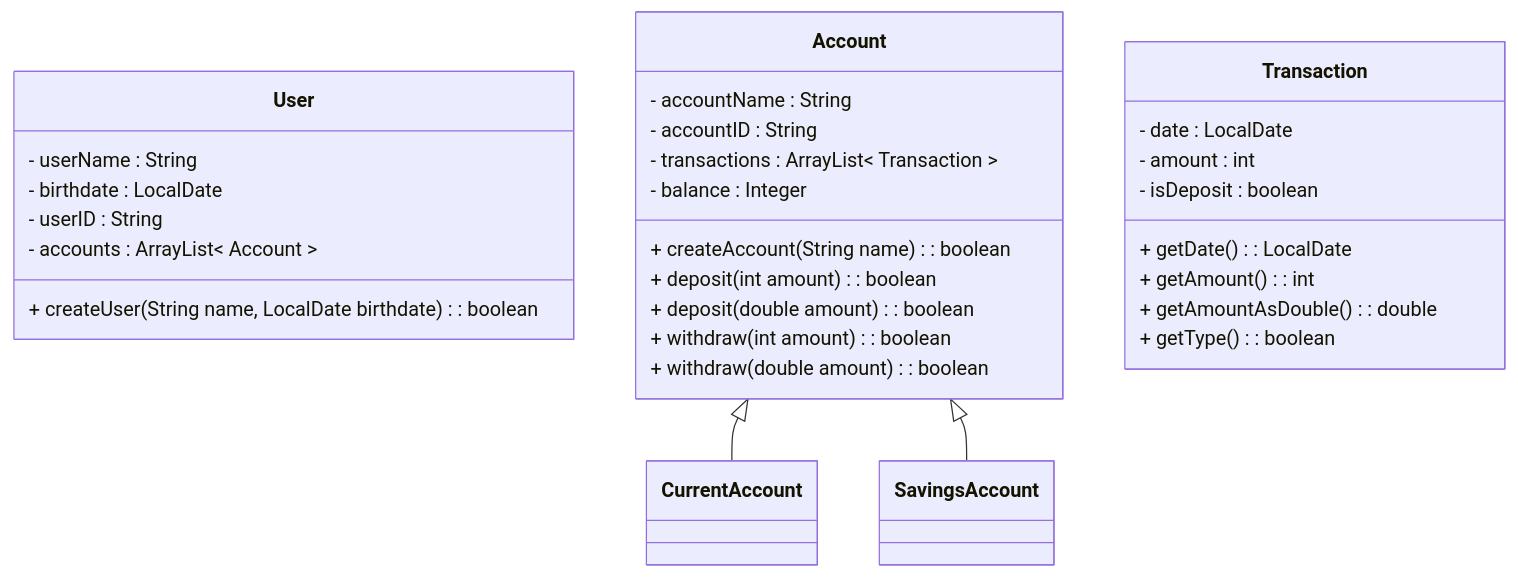
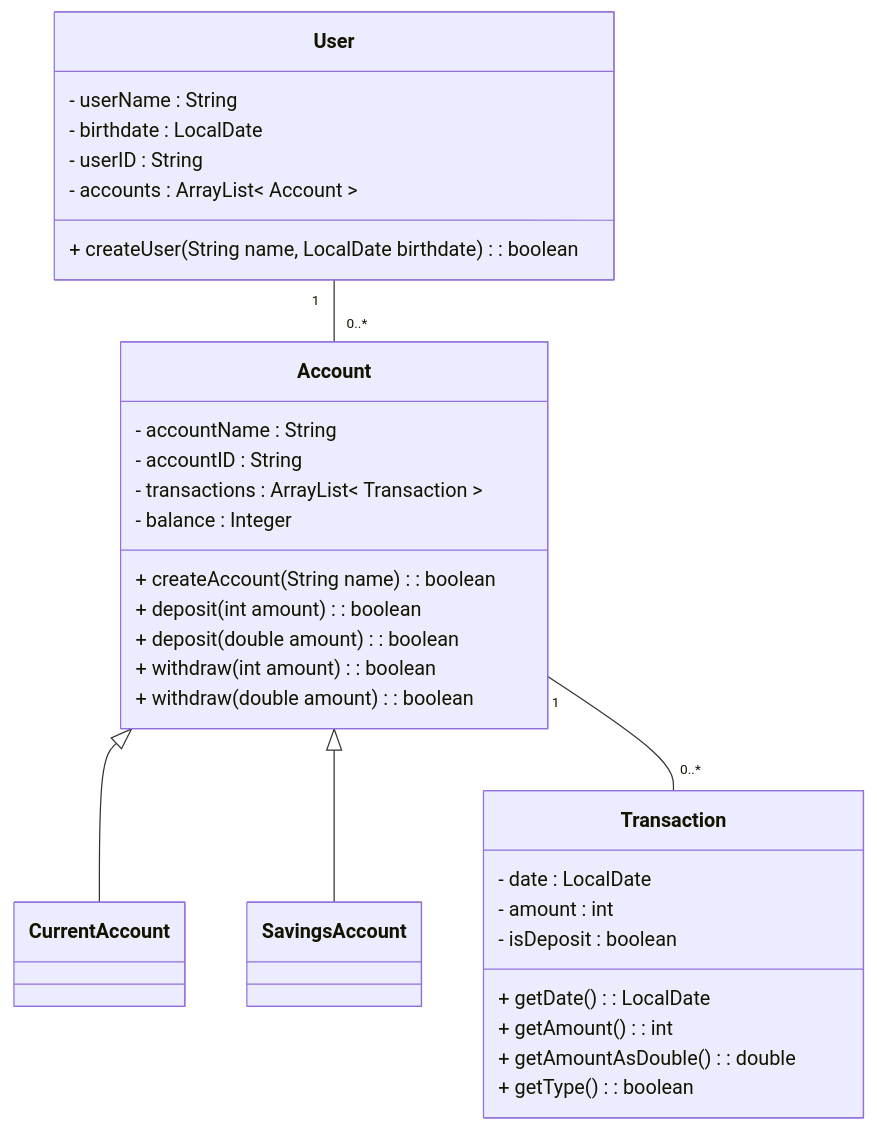
The diagram in class-diagram.md (boolean-uk/java-tdd-oop-bank-challenge), drawn with Mermaid before and after one commit. The commit also changed 1 other file, not shown here.

Commit message:
Created tests

`````diff
--- a/class-diagram.md
+++ b/class-diagram.md
@@ -1,39 +1,41 @@
 ````mermaid
 classDiagram
     class User{
         - userName : String
         - birthdate : LocalDate
         - userID : String
         - accounts : ArrayList< Account >
         + createUser(String name, LocalDate birthdate) : boolean
     }
     class Account{
         - accountName : String
         - accountID : String
         - transactions : ArrayList< Transaction >
         - balance : Integer
         + createAccount(String name) : boolean
         + deposit(int amount) : boolean
         + deposit(double amount) : boolean
         + withdraw(int amount) : boolean
         + withdraw(double amount) : boolean
     }
     class CurrentAccount{
         
     }
     class SavingsAccount{
         
     }
     class Transaction{
         - date : LocalDate
         - amount : int
         - isDeposit : boolean
         + getDate() : LocalDate
         + getAmount() : int
         + getAmountAsDouble() : double
         + getType() : boolean
     }
     
     Account <|-- CurrentAccount
     Account <|-- SavingsAccount
+    Account "1"--"0..*" Transaction 
+    User "1" -- "0..*" Account
 ````
`````
